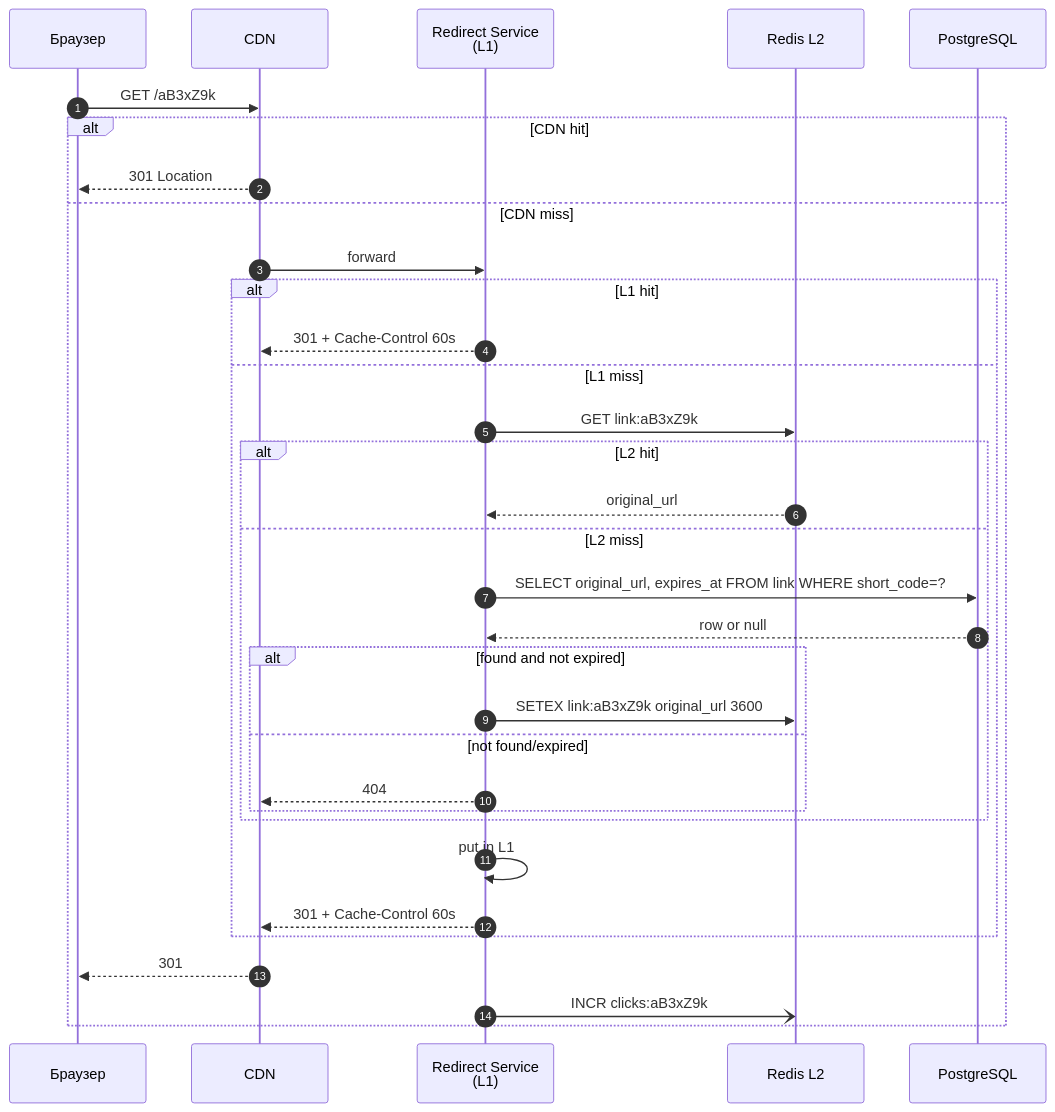
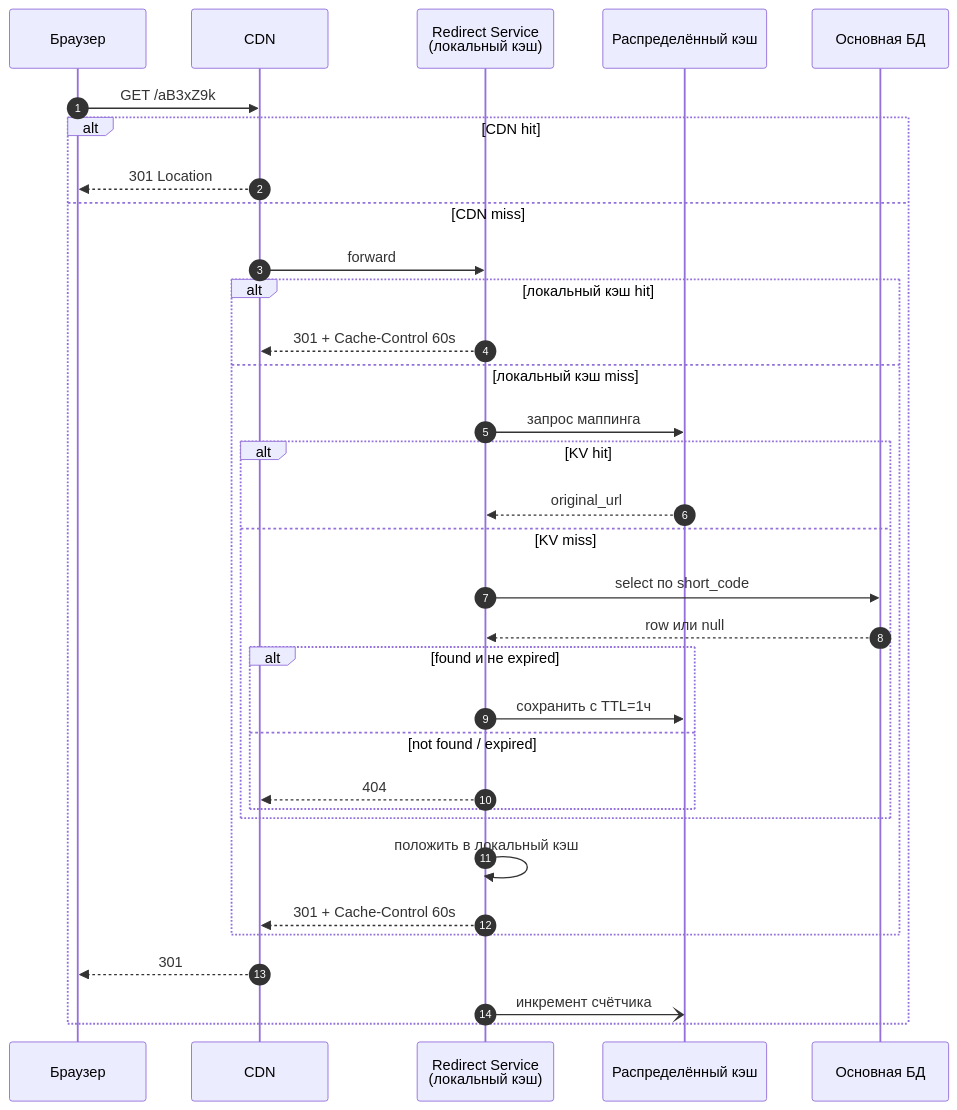
Before and after one commit to f1yToMoon/url_shortener: the fifth of 9 diagrams in README.md, drawn with Mermaid. The commit also changed other lines of this file, not shown here.

````diff
--- a/README.md
+++ b/README.md
@@ -358,36 +356,36 @@
 ```mermaid
 sequenceDiagram
   autonumber
   participant U as Браузер
   participant CDN as CDN
-  participant R as Redirect Service<br/>(L1)
-  participant Redis as Redis L2
-  participant PG as PostgreSQL
+  participant R as Redirect Service<br/>(локальный кэш)
+  participant KV as Распределённый кэш
+  participant DB as Основная БД
 
   U->>CDN: GET /aB3xZ9k
   alt CDN hit
     CDN-->>U: 301 Location
   else CDN miss
     CDN->>R: forward
-    alt L1 hit
+    alt локальный кэш hit
       R-->>CDN: 301 + Cache-Control 60s
-    else L1 miss
-      R->>Redis: GET link:aB3xZ9k
-      alt L2 hit
-        Redis-->>R: original_url
-      else L2 miss
-        R->>PG: SELECT original_url, expires_at FROM link WHERE short_code=?
-        PG-->>R: row or null
-        alt found and not expired
-          R->>Redis: SETEX link:aB3xZ9k original_url 3600
-        else not found/expired
+    else локальный кэш miss
+      R->>KV: запрос маппинга
+      alt KV hit
+        KV-->>R: original_url
+      else KV miss
+        R->>DB: select по short_code
+        DB-->>R: row или null
+        alt found и не expired
+          R->>KV: сохранить с TTL=1ч
+        else not found / expired
           R-->>CDN: 404
         end
       end
-      R->>R: put in L1
+      R->>R: положить в локальный кэш
       R-->>CDN: 301 + Cache-Control 60s
     end
     CDN-->>U: 301
-    R-)Redis: INCR clicks:aB3xZ9k
+    R-)KV: инкремент счётчика
   end
 ```
````
